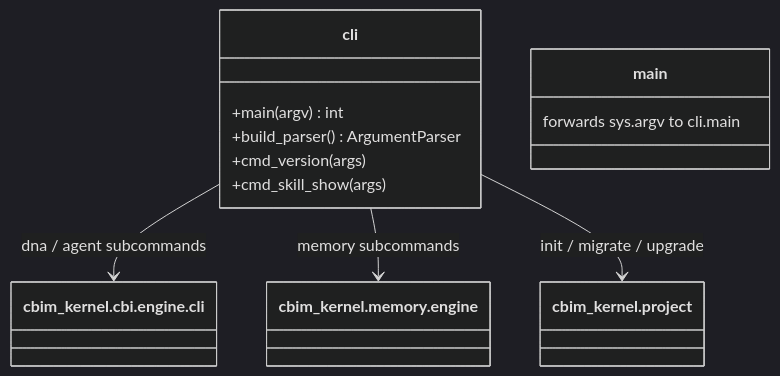
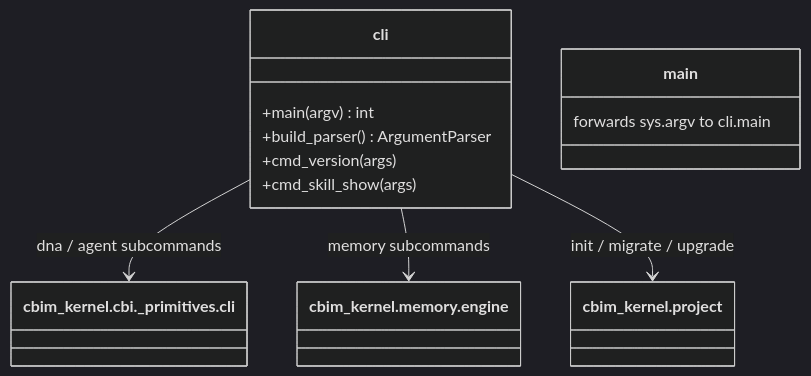
The diagram in v1/src/kernel/cbim_kernel/engine/.dna/module.md (nan023062/agent-team-cc), drawn with Mermaid (dark theme) before and after one commit. The commit also changed other lines of this file and 5 other files, not shown here.

````diff
--- a/v1/src/kernel/cbim_kernel/engine/.dna/module.md
+++ b/v1/src/kernel/cbim_kernel/engine/.dna/module.md
@@ -14,15 +15,15 @@
 ```mermaid
 classDiagram
     class cli {
         +main(argv) int
         +build_parser() ArgumentParser
         +cmd_version(args)
         +cmd_skill_show(args)
     }
     class __main__ {
         forwards sys.argv to cli.main
     }
-    cli --> cbim_kernel.cbi.engine.cli : dna / agent subcommands
+    cli --> cbim_kernel.cbi._primitives.cli : dna / agent subcommands
     cli --> cbim_kernel.memory.engine : memory subcommands
     cli --> cbim_kernel.project : init / migrate / upgrade
 ```
````
